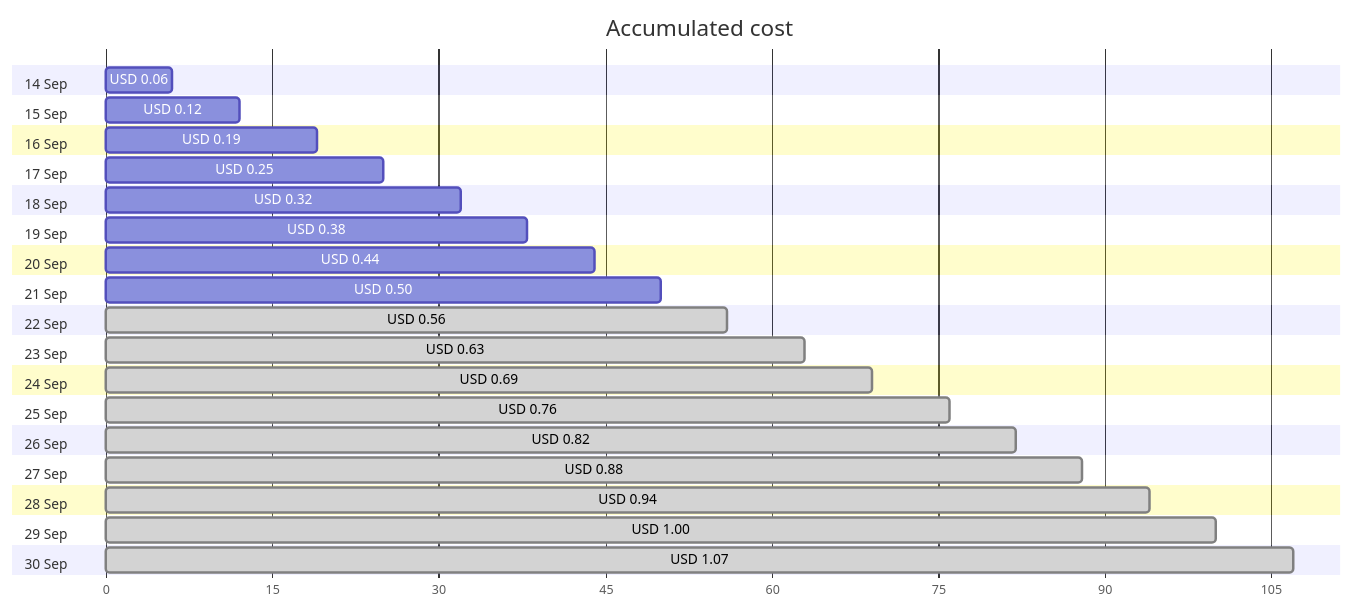
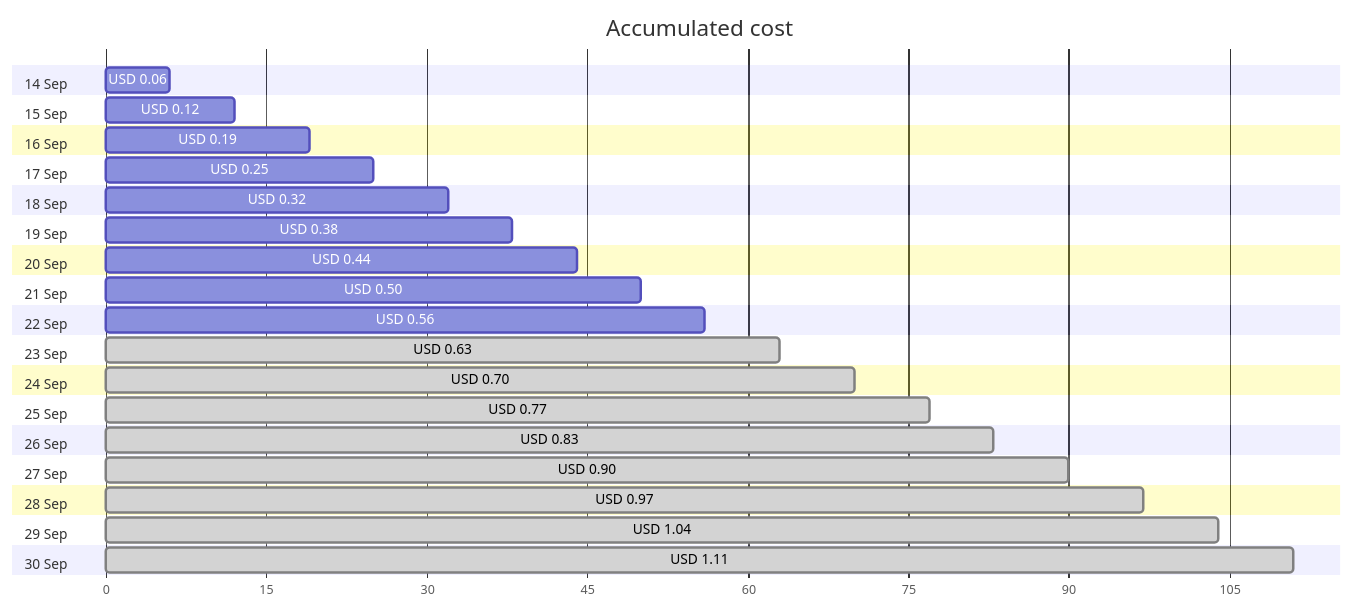
One commit to jpfulton/azure-personal-reports changed the first of 4 diagrams in cost-reports/personal-network/backup-server_OsDisk.md. Above: the diagram before and after it, drawn with Mermaid. The commit also changed other lines of this file and 9 other files, not shown here.

````diff
--- a/cost-reports/personal-network/backup-server_OsDisk.md
+++ b/cost-reports/personal-network/backup-server_OsDisk.md
@@ -20,40 +20,40 @@
 ```mermaid
 gantt
    title Accumulated cost
    dateFormat  X
    axisFormat %s
    section 14 Sep
    USD 0.06 :0, 6
    section 15 Sep
    USD 0.12 :0, 12
    section 16 Sep
    USD 0.19 :0, 19
    section 17 Sep
    USD 0.25 :0, 25
    section 18 Sep
    USD 0.32 :0, 32
    section 19 Sep
    USD 0.38 :0, 38
    section 20 Sep
    USD 0.44 :0, 44
    section 21 Sep
    USD 0.50 :0, 50
    section 22 Sep
-   USD 0.56 : done, 0, 56
+   USD 0.56 :0, 56
    section 23 Sep
    USD 0.63 : done, 0, 63
    section 24 Sep
-   USD 0.69 : done, 0, 69
+   USD 0.70 : done, 0, 70
    section 25 Sep
-   USD 0.76 : done, 0, 76
+   USD 0.77 : done, 0, 77
    section 26 Sep
-   USD 0.82 : done, 0, 82
+   USD 0.83 : done, 0, 83
    section 27 Sep
-   USD 0.88 : done, 0, 88
+   USD 0.90 : done, 0, 90
    section 28 Sep
-   USD 0.94 : done, 0, 94
+   USD 0.97 : done, 0, 97
    section 29 Sep
-   USD 1.00 : done, 0, 100
+   USD 1.04 : done, 0, 104
    section 30 Sep
-   USD 1.07 : done, 0, 107
+   USD 1.11 : done, 0, 111
 ```
````
